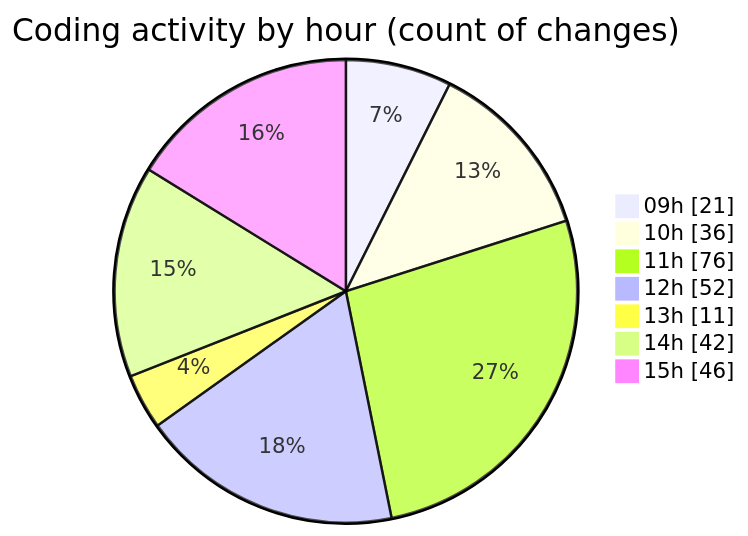
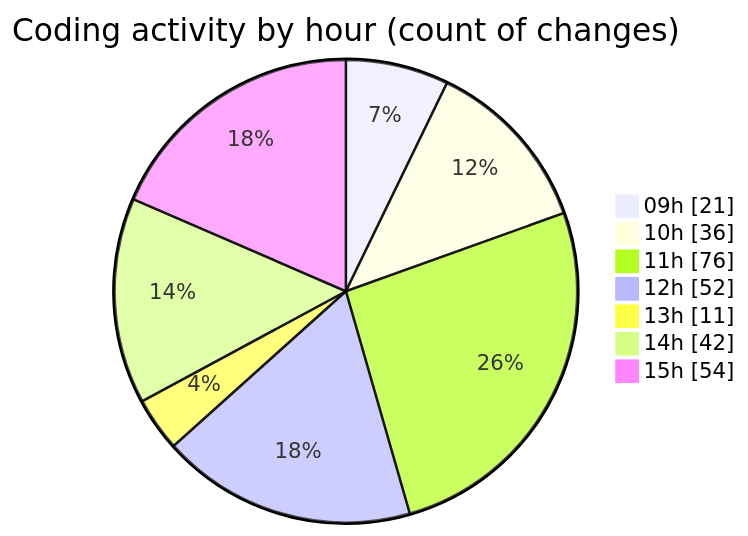
One commit to momahboobian/code-tracking changed the second of 2 diagrams in 2025-09-09/cda/README.md. Above: the diagram before and after it, drawn with Mermaid. The commit also changed other lines of this file and 1 other file, not shown here.

````diff
--- a/2025-09-09/cda/README.md
+++ b/2025-09-09/cda/README.md
@@ -143,11 +144,11 @@
 ```mermaid
 pie showData
 title Coding activity by hour (count of changes)
 "09h" : 21
 "10h" : 36
 "11h" : 76
 "12h" : 52
 "13h" : 11
 "14h" : 42
-"15h" : 46
+"15h" : 54
 ```
````
